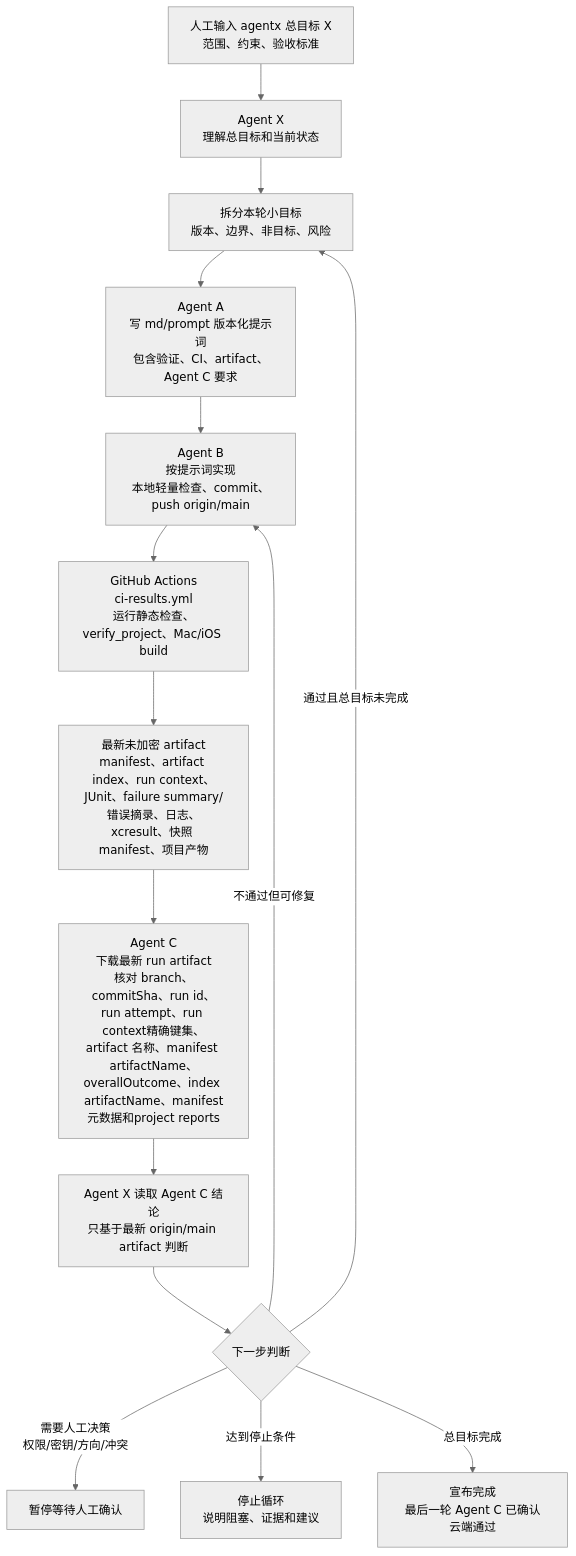
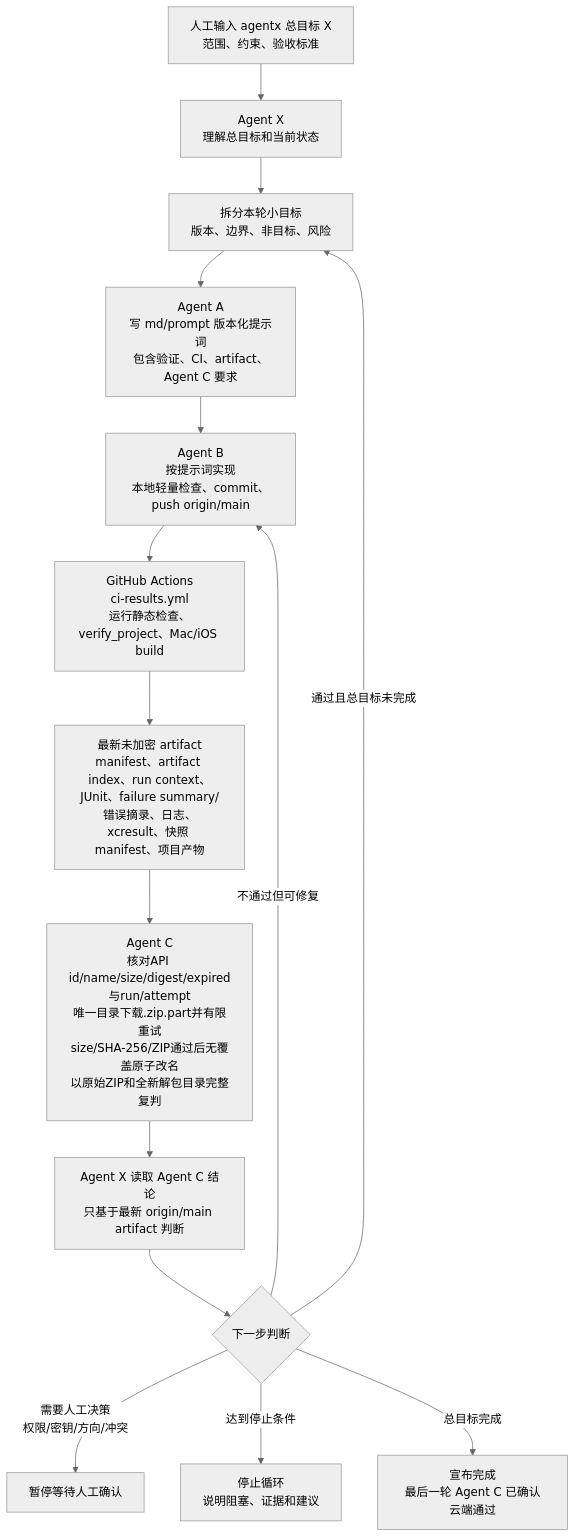
One commit to Altman-sam114/114 changed the sixth of 6 diagrams in md/flow/flowchart.md. Above: the diagram before and after it, drawn with Mermaid (neutral theme). The commit also changed other lines of this file and 10 other files, not shown here.

````diff
--- a/md/flow/flowchart.md
+++ b/md/flow/flowchart.md
@@ -136,17 +144,17 @@
 ```mermaid
 flowchart TD
   H["人工输入 agentx 总目标 X<br/>范围、约束、验收标准"] --> X0["Agent X<br/>理解总目标和当前状态"]
   X0 --> X1["拆分本轮小目标<br/>版本、边界、非目标、风险"]
   X1 --> A["Agent A<br/>写 md/prompt 版本化提示词<br/>包含验证、CI、artifact、Agent C 要求"]
   A --> B["Agent B<br/>按提示词实现<br/>本地轻量检查、commit、push origin/main"]
   B --> CI["GitHub Actions<br/>ci-results.yml<br/>运行静态检查、verify_project、Mac/iOS build"]
   CI --> ART["最新未加密 artifact<br/>manifest、artifact index、run context、JUnit、failure summary/错误摘录、日志、xcresult、快照 manifest、项目产物"]
-  ART --> C["Agent C<br/>下载最新 run artifact<br/>核对 branch、commitSha、run id、run attempt、run context精确键集、artifact 名称、manifest artifactName、overallOutcome、index artifactName、manifest元数据和project reports"]
+  ART --> C["Agent C<br/>核对API id/name/size/digest/expired与run/attempt<br/>唯一目录下载.zip.part并有限重试<br/>size/SHA-256/ZIP通过后无覆盖原子改名<br/>以原始ZIP和全新解包目录完整复判"]
   C --> X2["Agent X 读取 Agent C 结论<br/>只基于最新 origin/main artifact 判断"]
   X2 --> D{"下一步判断"}
   D -->|通过且总目标未完成| X1
   D -->|不通过但可修复| B
   D -->|需要人工决策<br/>权限/密钥/方向/冲突| P["暂停等待人工确认"]
   D -->|达到停止条件| S["停止循环<br/>说明阻塞、证据和建议"]
   D -->|总目标完成| DONE["宣布完成<br/>最后一轮 Agent C 已确认云端通过"]
 ```
````
